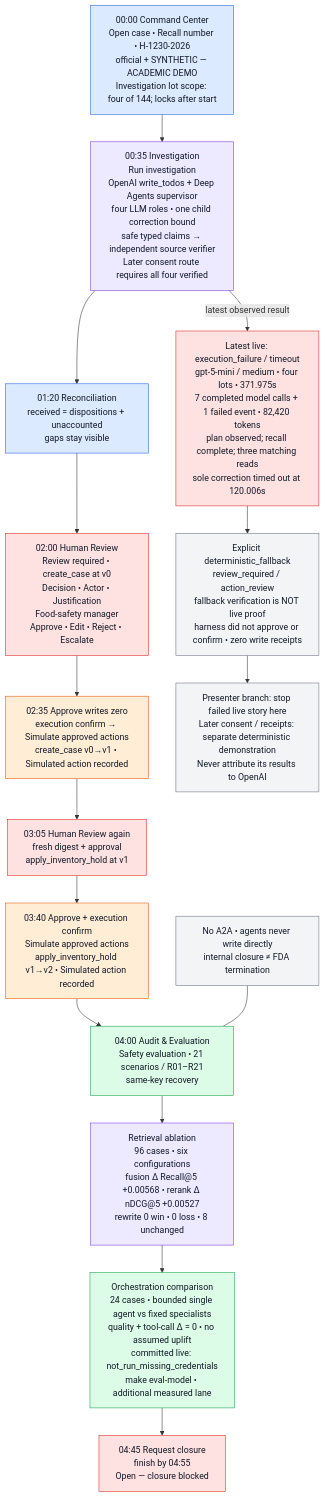
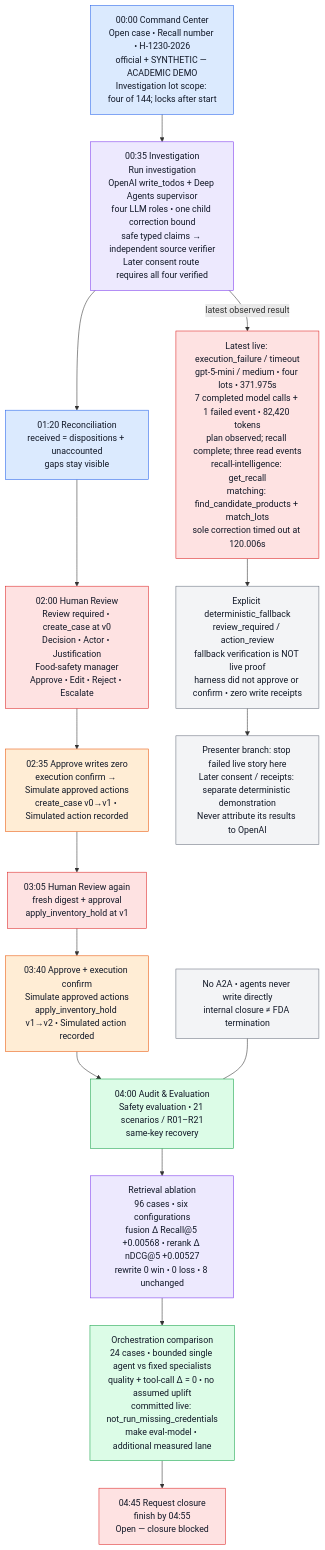
One commit to nagarjunakanamarlapudi/reacall-agents changed the diagram in docs/images/07_demo_story.mmd. Above: the diagram before and after it, drawn with Mermaid. The commit also changed 8 other files, not shown here.

```diff
--- a/docs/images/07_demo_story.mmd
+++ b/docs/images/07_demo_story.mmd
@@ -1,26 +1,26 @@
 flowchart TB
   classDef step fill:#dbeafe,stroke:#2563eb,color:#111827
   classDef agent fill:#ede9fe,stroke:#7c3aed,color:#111827
   classDef human fill:#fee2e2,stroke:#dc2626,color:#111827
   classDef action fill:#ffedd5,stroke:#ea580c,color:#111827
   classDef safe fill:#dcfce7,stroke:#16a34a,color:#111827
   classDef block fill:#f3f4f6,stroke:#6b7280,color:#111827
 
   A["00:00 Command Center<br/>Open case • Recall number • H-1230-2026<br/>official + SYNTHETIC — ACADEMIC DEMO<br/>Investigation lot scope: four of 144; locks after start"]:::step
   B["00:35 Investigation<br/>Run investigation<br/>OpenAI write_todos + Deep Agents supervisor<br/>four LLM roles • one child correction bound<br/>safe typed claims → independent source verifier<br/>Later consent route requires all four verified"]:::agent
   C["01:20 Reconciliation<br/>received = dispositions + unaccounted<br/>gaps stay visible"]:::step
   D["02:00 Human Review<br/>Review required • create_case at v0<br/>Decision • Actor • Justification<br/>Food-safety manager<br/>Approve • Edit • Reject • Escalate"]:::human
   E["02:35 Approve writes zero<br/>execution confirm → Simulate approved actions<br/>create_case v0→v1 • Simulated action recorded"]:::action
   F["03:05 Human Review again<br/>fresh digest + approval<br/>apply_inventory_hold at v1"]:::human
   G["03:40 Approve + execution confirm<br/>Simulate approved actions<br/>apply_inventory_hold v1→v2 • Simulated action recorded"]:::action
   H["04:00 Audit & Evaluation<br/>Safety evaluation • 21 scenarios / R01–R21<br/>same-key recovery"]:::safe
   J["Retrieval ablation<br/>96 cases • six configurations<br/>fusion Δ Recall@5 +0.00568 • rerank Δ nDCG@5 +0.00527<br/>rewrite 0 win • 0 loss • 8 unchanged"]:::agent
   K["Orchestration comparison<br/>24 cases • bounded single agent vs fixed specialists<br/>quality + tool-call Δ = 0 • no assumed uplift<br/>committed live: not_run_missing_credentials<br/>make eval-model • additional measured lane"]:::safe
   I["04:45 Request closure<br/>finish by 04:55<br/>Open — closure blocked"]:::human
 
   A --> B --> C --> D --> E --> F --> G --> H --> J --> K --> I
-  FAIL["Latest live: execution_failure / timeout<br/>gpt-5-mini / medium • four lots • 371.975s<br/>7 completed model calls + 1 failed event • 82,420 tokens<br/>plan observed; recall complete; three matching reads<br/>sole correction timed out at 120.006s"]:::human
+  FAIL["Latest live: execution_failure / timeout<br/>gpt-5-mini / medium • four lots • 371.975s<br/>7 completed model calls + 1 failed event • 82,420 tokens<br/>plan observed; recall complete; three read events<br/>recall-intelligence: get_recall<br/>matching: find_candidate_products + match_lots<br/>sole correction timed out at 120.006s"]:::human
   FALLBACK["Explicit deterministic_fallback<br/>review_required / action_review<br/>fallback verification is NOT live proof<br/>harness did not approve or confirm • zero write receipts"]:::block
   MODE["Presenter branch: stop failed live story here<br/>Later consent / receipts: separate deterministic demonstration<br/>Never attribute its results to OpenAI"]:::block
   B -->|latest observed result| FAIL --> FALLBACK --> MODE
   NOTE["No A2A • agents never write directly<br/>internal closure ≠ FDA termination"]:::block --- H
```
